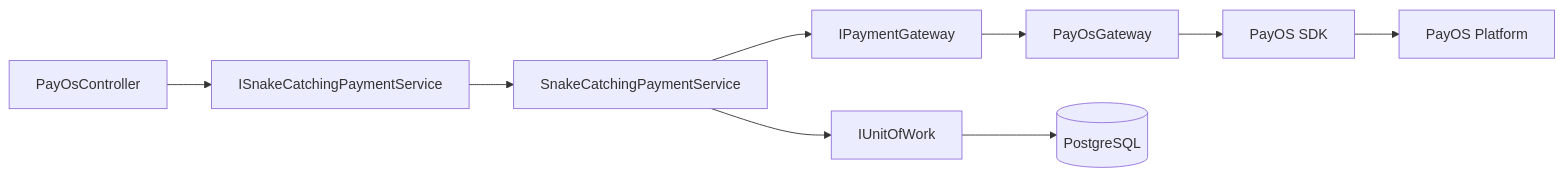
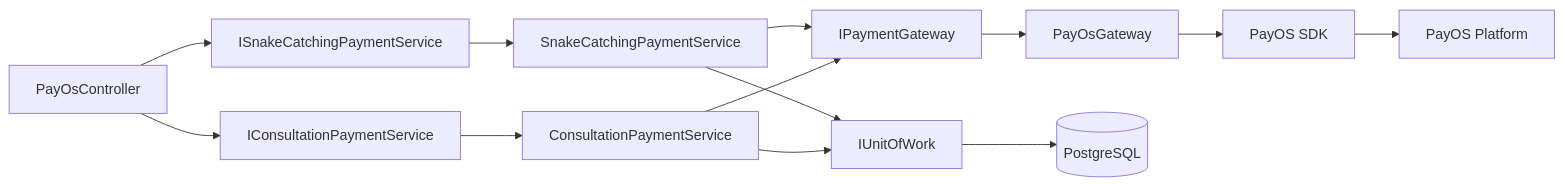
The second of 10 diagrams in Docs/05-Backend/02-layers/payos/payos.sourcecode.md (Snake-AID/SnakeAid.Docs), drawn with Mermaid before and after one commit. The commit also changed other lines of this file and 1 other file, not shown here.

Commit message:
docs(payos): update PayOS documentation to reflect new payment options and flow

````diff
--- a/Docs/05-Backend/02-layers/payos/payos.sourcecode.md
+++ b/Docs/05-Backend/02-layers/payos/payos.sourcecode.md
@@ -149,11 +152,15 @@
 ```mermaid
 graph LR
     A[PayOsController] --> B[ISnakeCatchingPaymentService]
-    B --> C[SnakeCatchingPaymentService]
-    C --> D[IPaymentGateway]
-    D --> E[PayOsGateway]
-    C --> F[IUnitOfWork]
-    F --> G[(PostgreSQL)]
-    E --> H[PayOS SDK]
-    H --> I[PayOS Platform]
+    A --> C[IConsultationPaymentService]
+    B --> D[SnakeCatchingPaymentService]
+    C --> E[ConsultationPaymentService]
+    D --> F[IPaymentGateway]
+    E --> F
+    F --> G[PayOsGateway]
+    D --> H[IUnitOfWork]
+    E --> H
+    H --> I[(PostgreSQL)]
+    G --> J[PayOS SDK]
+    J --> K[PayOS Platform]
 ```
````
